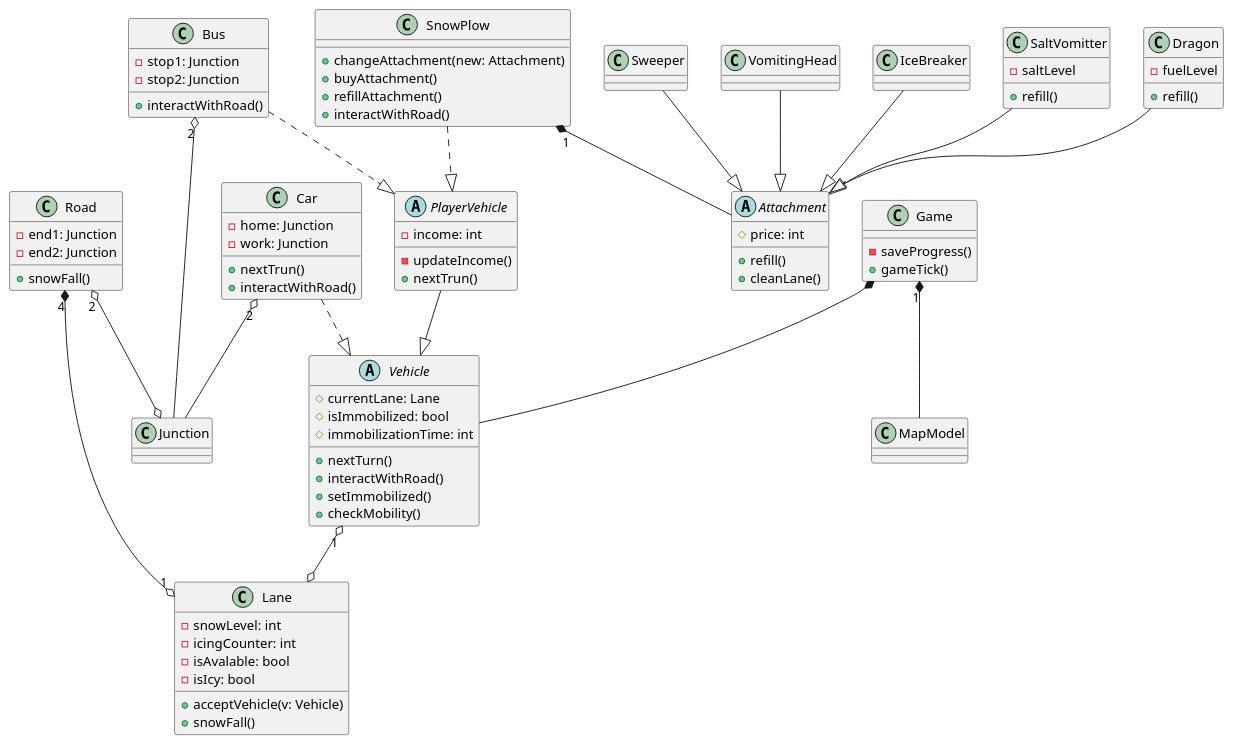
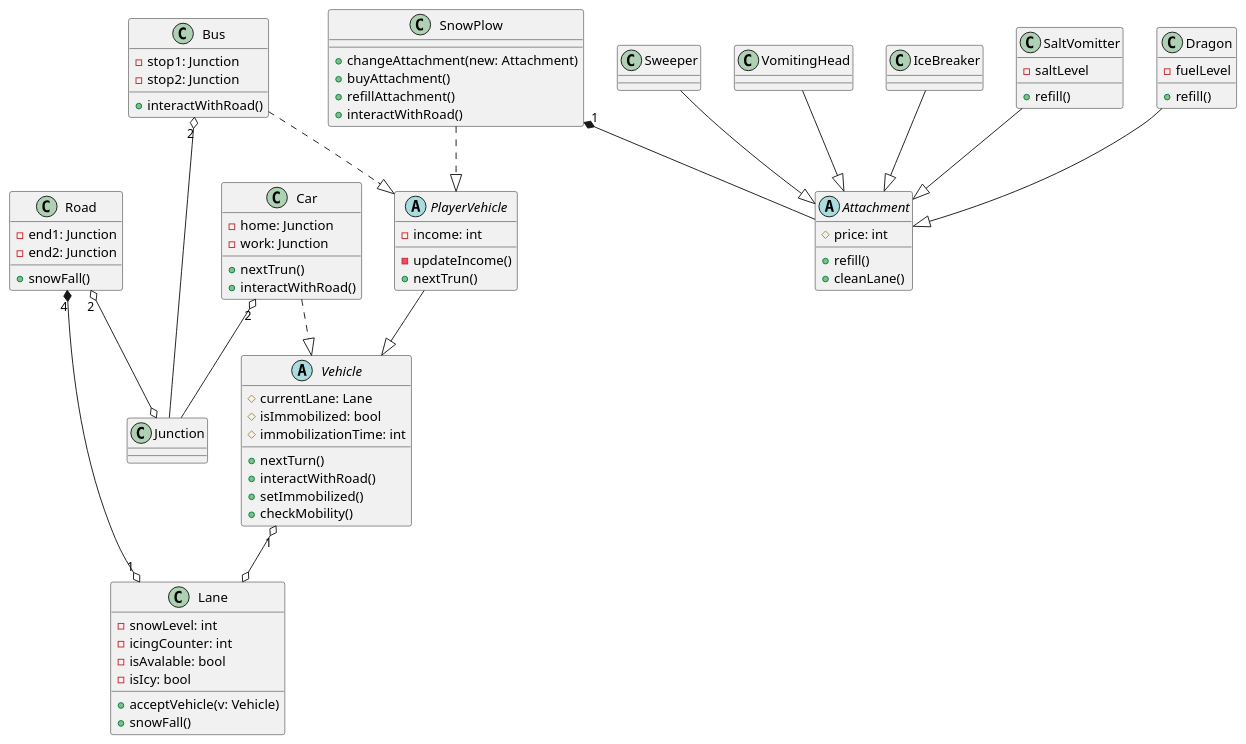
Before and after one commit to toth-andor/UneNotteANapoli: the diagram in docs/04/diagrams/class-diagram.puml, drawn with PlantUML.

Commit message:
Remove Game from class-diagram

```diff
--- a/docs/04/diagrams/class-diagram.puml
+++ b/docs/04/diagrams/class-diagram.puml
@@ -1,116 +1,108 @@
 @startuml class-diagram
 
 
 abstract Vehicle {
   # currentLane: Lane
   # isImmobilized: bool
   # immobilizationTime: int
 
   + nextTurn()
   + interactWithRoad()
   + setImmobilized()
   + checkMobility()
 }
 
 abstract PlayerVehicle {
     - income: int
     - updateIncome()
     + nextTrun()
 }
 
 class Bus {
   - stop1: Junction
   - stop2: Junction
   + interactWithRoad()
 }
 
 class SnowPlow {
   + changeAttachment(new: Attachment)
   + buyAttachment()
   + refillAttachment()
   + interactWithRoad()
 }
 
 class Car {
   - home: Junction
   - work: Junction
   + nextTrun()
   + interactWithRoad()
 }
 
 abstract Attachment {
   # price: int
 
   + refill()
   + cleanLane()
   
 }
 
 class Dragon {
   - fuelLevel
   + refill()
 }
 class Sweeper
 class VomitingHead
 class IceBreaker
 class SaltVomitter {
   - saltLevel
   + refill()
 }
 
 
 class Road {
   - end1: Junction
   - end2: Junction
   + snowFall()
 }
 
 class Lane {
   - snowLevel: int
   - icingCounter: int
   - isAvalable: bool
   - isIcy: bool
   + acceptVehicle(v: Vehicle)
   + snowFall()
   
 }
 
 class Junction
 
-class Game {
-  - saveProgress()
-  + gameTick()
-}
-
 
 Road "4"*--o "1" Lane 
 
 
 
 PlayerVehicle --|> Vehicle
 Bus ..|> PlayerVehicle 
 SnowPlow ..|> PlayerVehicle
 Car ..|> Vehicle
 
 Dragon --|> Attachment
 Sweeper --|> Attachment
 VomitingHead --|> Attachment
 IceBreaker --|> Attachment
 SaltVomitter --|> Attachment
 
 SnowPlow "1"*-- Attachment
 
 
 Road "2" o--o Junction
 
-Game "1"*-- MapModel
-Game *-- Vehicle
-
 Vehicle "1" o--o Lane
 
 Bus "2" o-- Junction
 Car "2" o-- Junction
 
 
 
 @enduml
```
